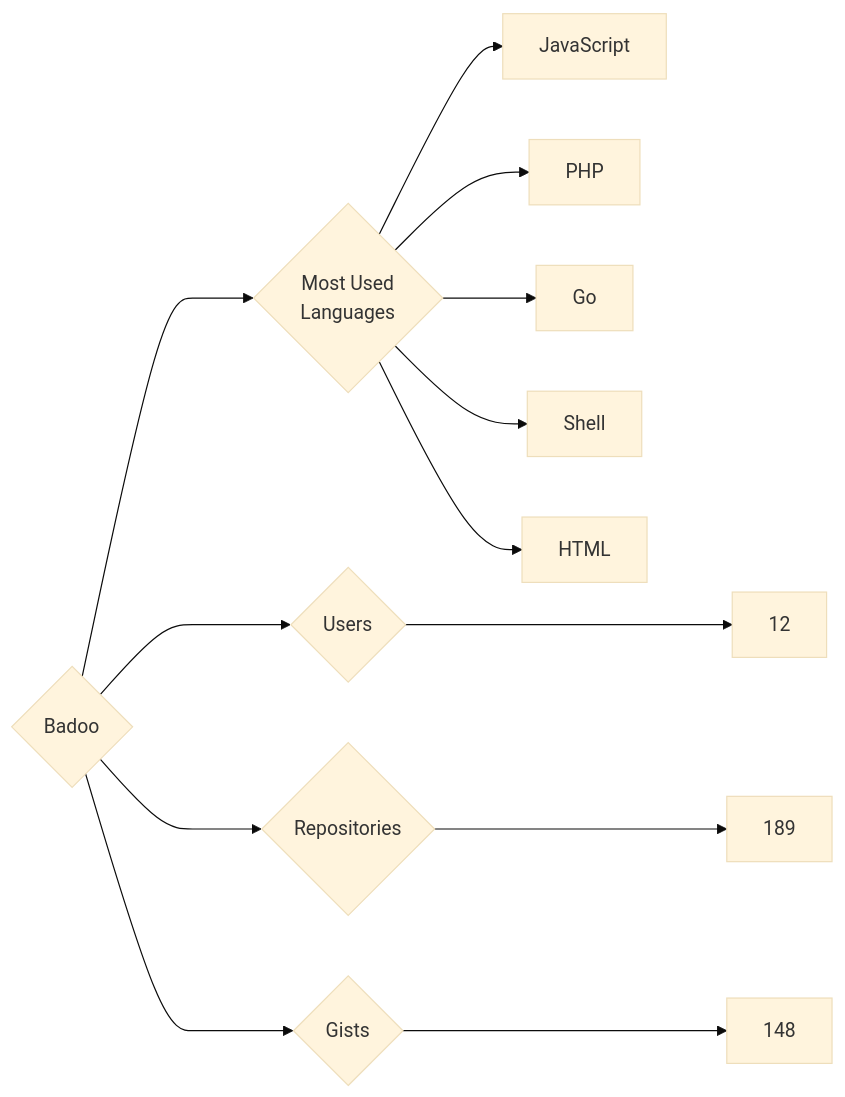
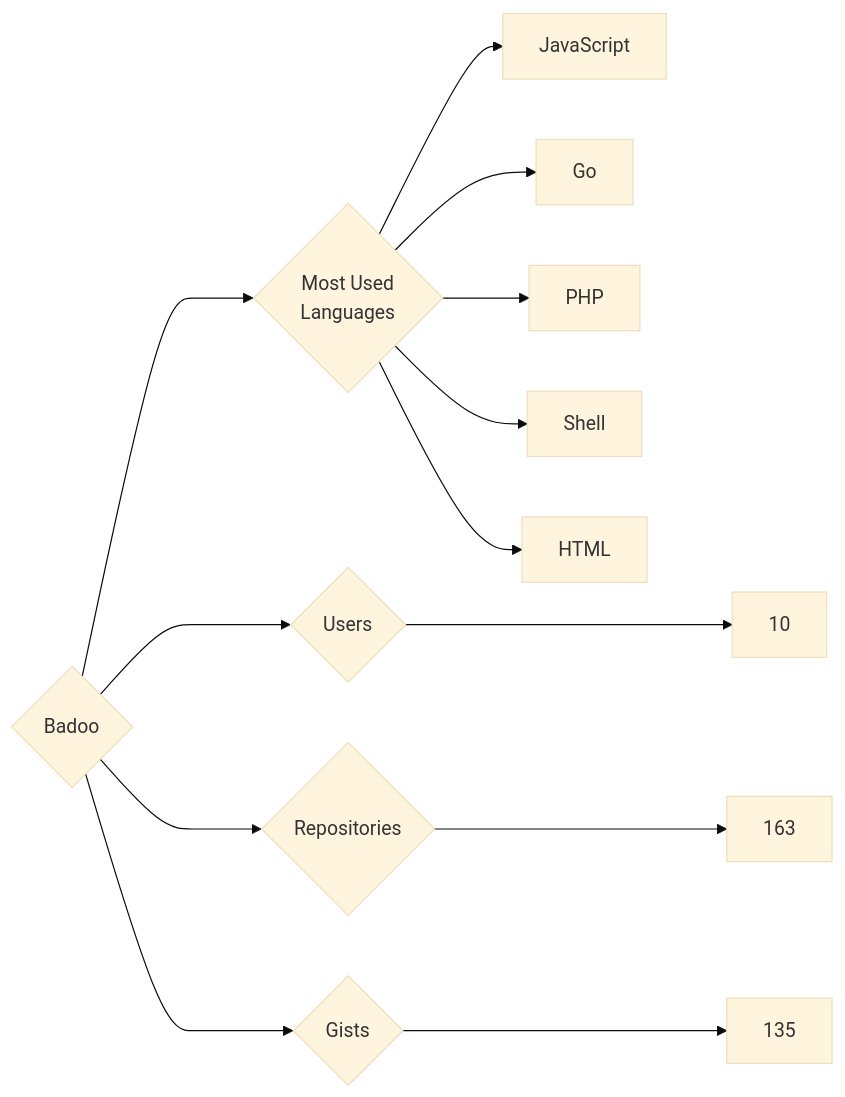
One commit to trickest/insiders changed the diagram in targets/Badoo/README.md. Above: the diagram before and after it, drawn with Mermaid (base theme). The commit also changed 944 other files, not shown here.

````diff
--- a/targets/Badoo/README.md
+++ b/targets/Badoo/README.md
@@ -3,13 +3,13 @@
 ```mermaid
 graph LR
 COMPANY_NAME{Badoo}
-COMPANY_NAME ---> U{Users} ---> UN[12]
-COMPANY_NAME ---> R{Repositories} ---> RN[189]
-COMPANY_NAME ---> G{Gists} ---> GN[148]
+COMPANY_NAME ---> U{Users} ---> UN[10]
+COMPANY_NAME ---> R{Repositories} ---> RN[163]
+COMPANY_NAME ---> G{Gists} ---> GN[135]
 COMPANY_NAME ---> ML{Most Used<br>Languages}
 ML --> JavaScript[JavaScript]
+ML --> Go[Go]
 ML --> PHP[PHP]
-ML --> Go[Go]
 ML --> Shell[Shell]
 ML --> HTML[HTML]
 ```
````
